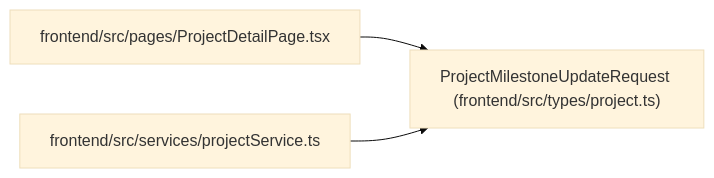
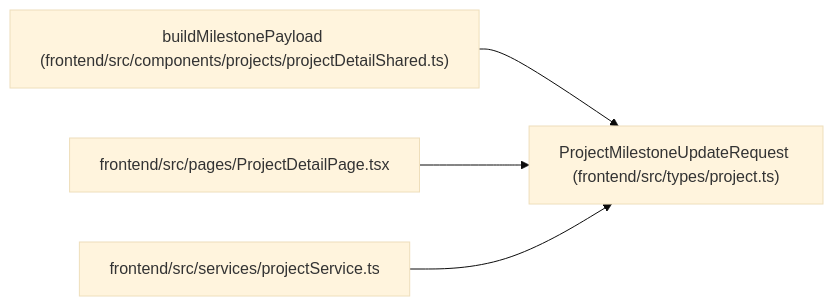
The diagram in docs/llm_wiki/entities/ProjectMilestoneUpdateRequest.md (Denissvgn/WorkChord), drawn with Mermaid (base theme) before and after one commit. The commit also changed other lines of this file and 2373 other files, not shown here.

````diff
--- a/docs/llm_wiki/entities/ProjectMilestoneUpdateRequest.md
+++ b/docs/llm_wiki/entities/ProjectMilestoneUpdateRequest.md
@@ -30,11 +30,14 @@
 ```mermaid
 flowchart LR
     n0["ProjectMilestoneUpdateRequest (frontend/src/types/project.ts)"]
-    n1["frontend/src/pages/ProjectDetailPage.tsx"]
-    n2["frontend/src/services/projectService.ts"]
+    n1["buildMilestonePayload (frontend/src/components/projects/projectDetailShared.ts)"]
+    n2["frontend/src/pages/ProjectDetailPage.tsx"]
+    n3["frontend/src/services/projectService.ts"]
     n1 --> n0
     n2 --> n0
+    n3 --> n0
     click n0 "../modules/types_project.md"
-    click n1 "../modules/ProjectDetailPage.md"
-    click n2 "../modules/projectService.md"
+    click n1 "../modules/projectDetailShared.md"
+    click n2 "../modules/ProjectDetailPage.md"
+    click n3 "../modules/projectService.md"
 ```
````
